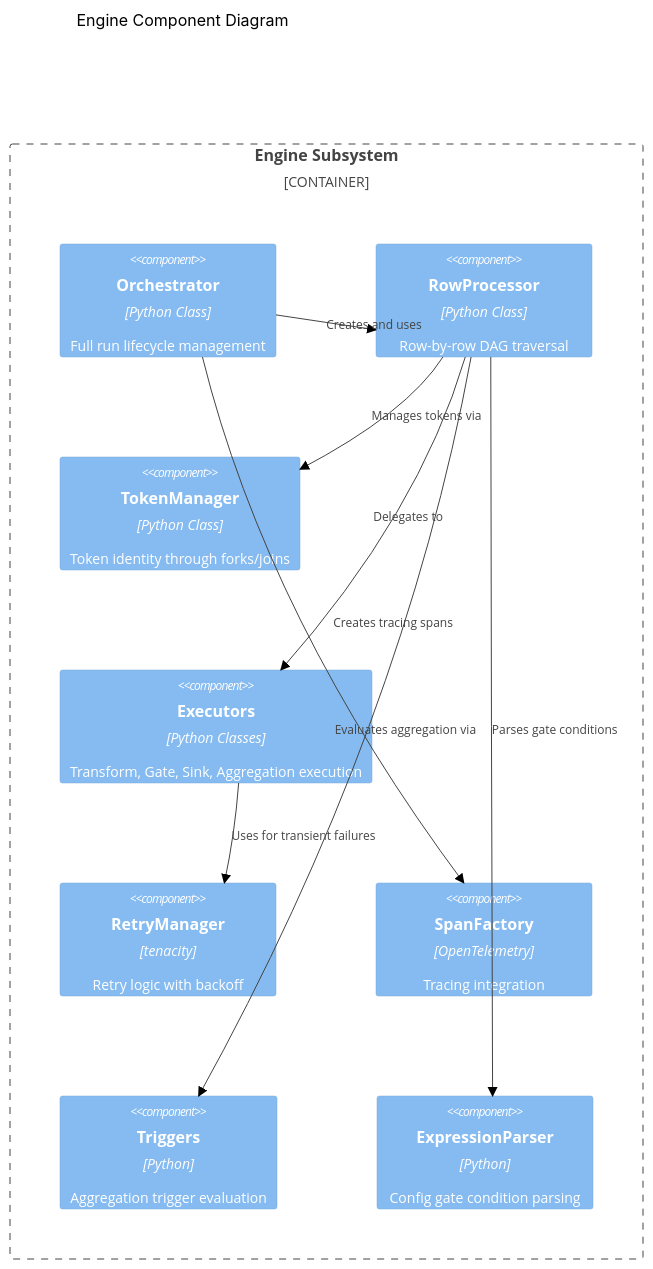
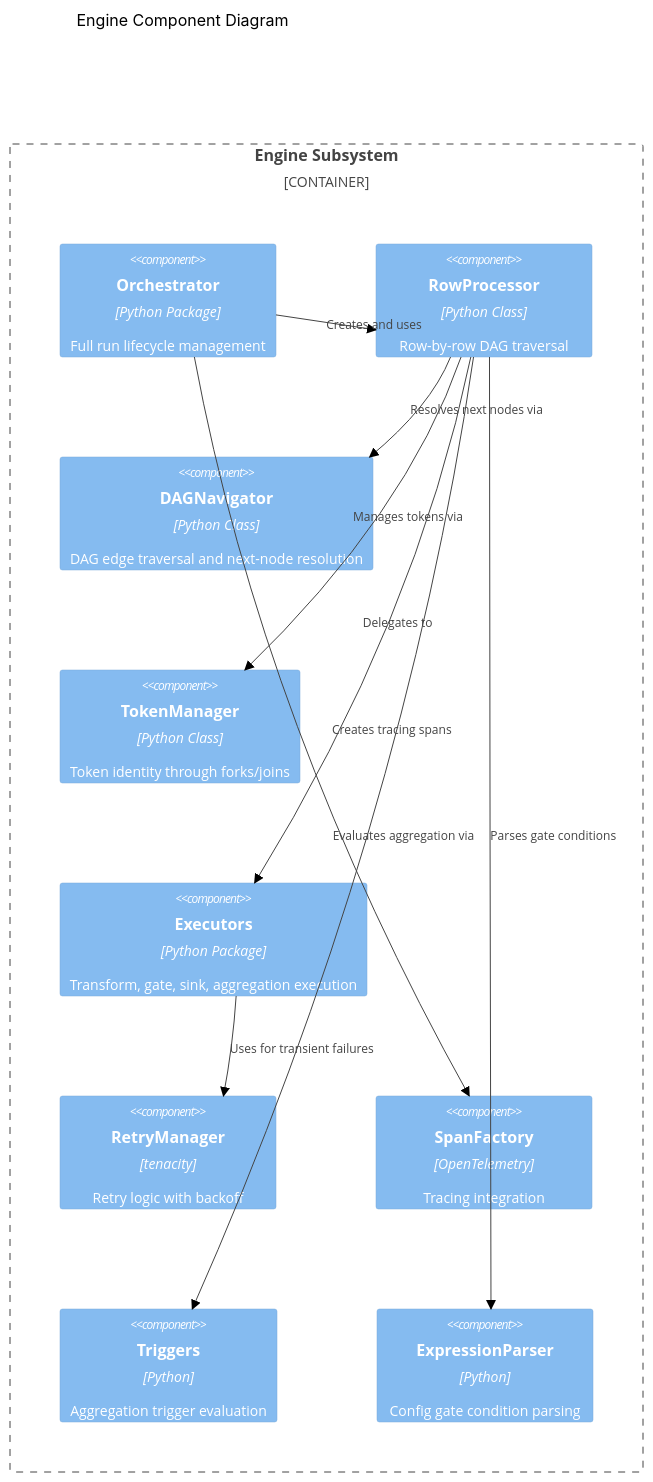
The third of 13 diagrams in ARCHITECTURE.md (tachyon-beep/elspeth), drawn with Mermaid (forest theme) before and after one commit. The commit also changed other lines of this file and 4 other files, not shown here.

First line of the commit message:
docs: update README, ARCHITECTURE, PLUGIN, and requirements for RC-2.5

````diff
--- a/ARCHITECTURE.md
+++ b/ARCHITECTURE.md
@@ -178,23 +179,25 @@
 ```mermaid
 C4Component
     title Engine Component Diagram
 
     Container_Boundary(engine, "Engine Subsystem") {
-        Component(orchestrator, "Orchestrator", "Python Class", "Full run lifecycle management")
+        Component(orchestrator, "Orchestrator", "Python Package", "Full run lifecycle management")
         Component(processor, "RowProcessor", "Python Class", "Row-by-row DAG traversal")
+        Component(navigator, "DAGNavigator", "Python Class", "DAG edge traversal and next-node resolution")
         Component(tokens, "TokenManager", "Python Class", "Token identity through forks/joins")
-        Component(executors, "Executors", "Python Classes", "Transform, Gate, Sink, Aggregation execution")
+        Component(executors, "Executors", "Python Package", "Transform, gate, sink, aggregation execution")
         Component(retry, "RetryManager", "tenacity", "Retry logic with backoff")
         Component(spans, "SpanFactory", "OpenTelemetry", "Tracing integration")
         Component(triggers, "Triggers", "Python", "Aggregation trigger evaluation")
         Component(expression, "ExpressionParser", "Python", "Config gate condition parsing")
     }
 
     Rel(orchestrator, processor, "Creates and uses")
+    Rel(processor, navigator, "Resolves next nodes via")
     Rel(processor, tokens, "Manages tokens via")
     Rel(processor, executors, "Delegates to")
     Rel(executors, retry, "Uses for transient failures")
     Rel(orchestrator, spans, "Creates tracing spans")
     Rel(processor, triggers, "Evaluates aggregation via")
     Rel(processor, expression, "Parses gate conditions")
 ```
````
